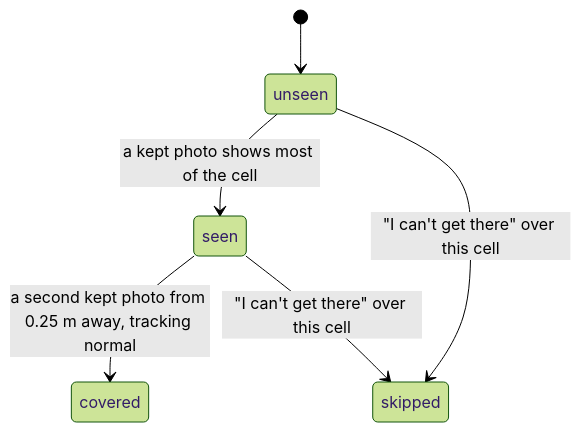
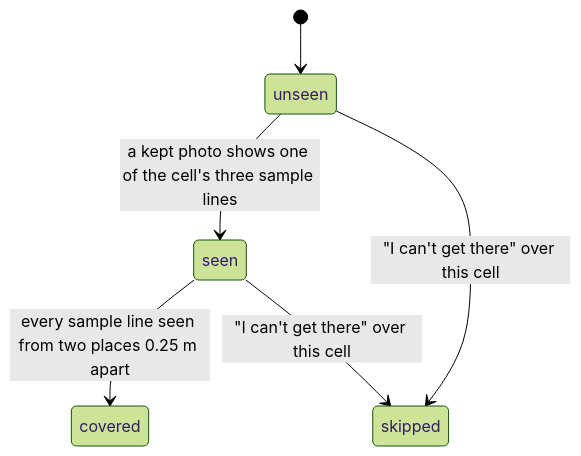
The diagram in verification/product/foundations/coverage-and-guidance.md (SamGu-NRX/BaseScanner), drawn with Mermaid (forest theme) before and after one commit. The commit also changed other lines of this file and 15 other files, not shown here.

````diff
--- a/verification/product/foundations/coverage-and-guidance.md
+++ b/verification/product/foundations/coverage-and-guidance.md
@@ -22,8 +22,8 @@
 ```mermaid
 stateDiagram-v2
     [*] --> unseen
-    unseen --> seen : a kept photo shows most of the cell
-    seen --> covered : a second kept photo from 0.25 m away, tracking normal
+    unseen --> seen : a kept photo shows one of the cell's three sample lines
+    seen --> covered : every sample line seen from two places 0.25 m apart
     unseen --> skipped : "I can't get there" over this cell
     seen --> skipped : "I can't get there" over this cell
 ```
````
